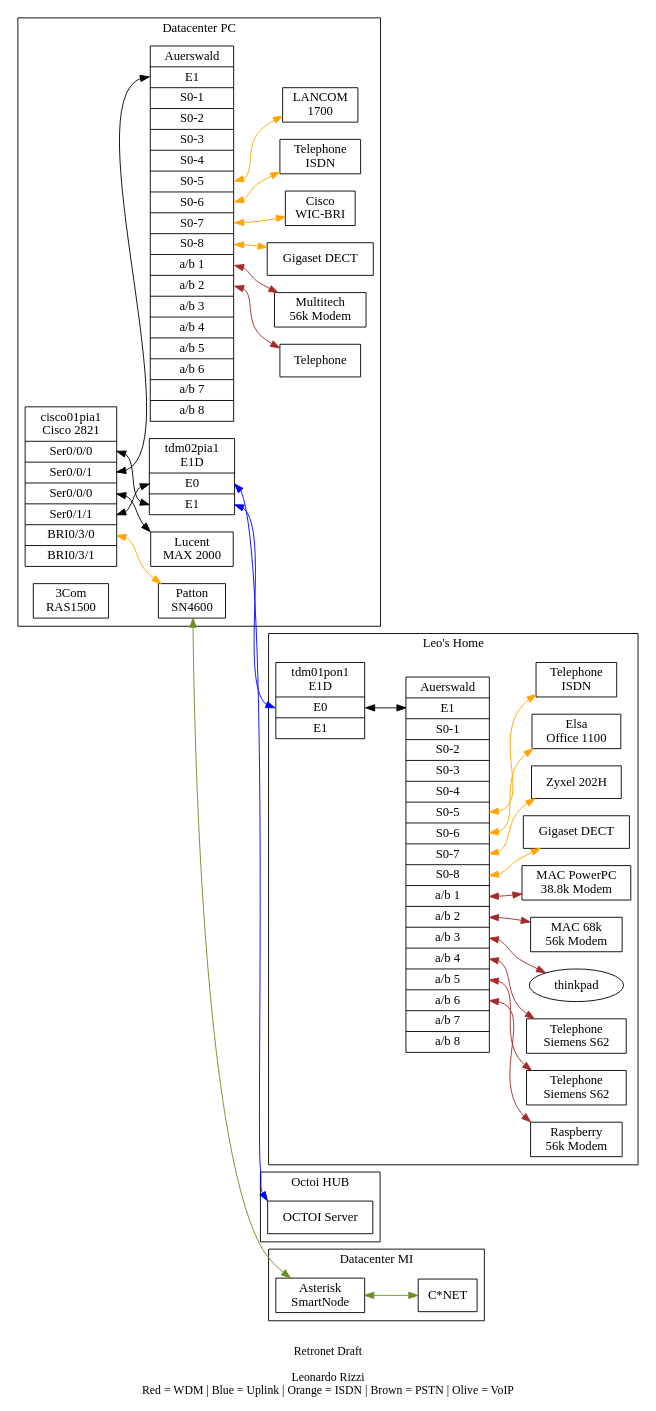
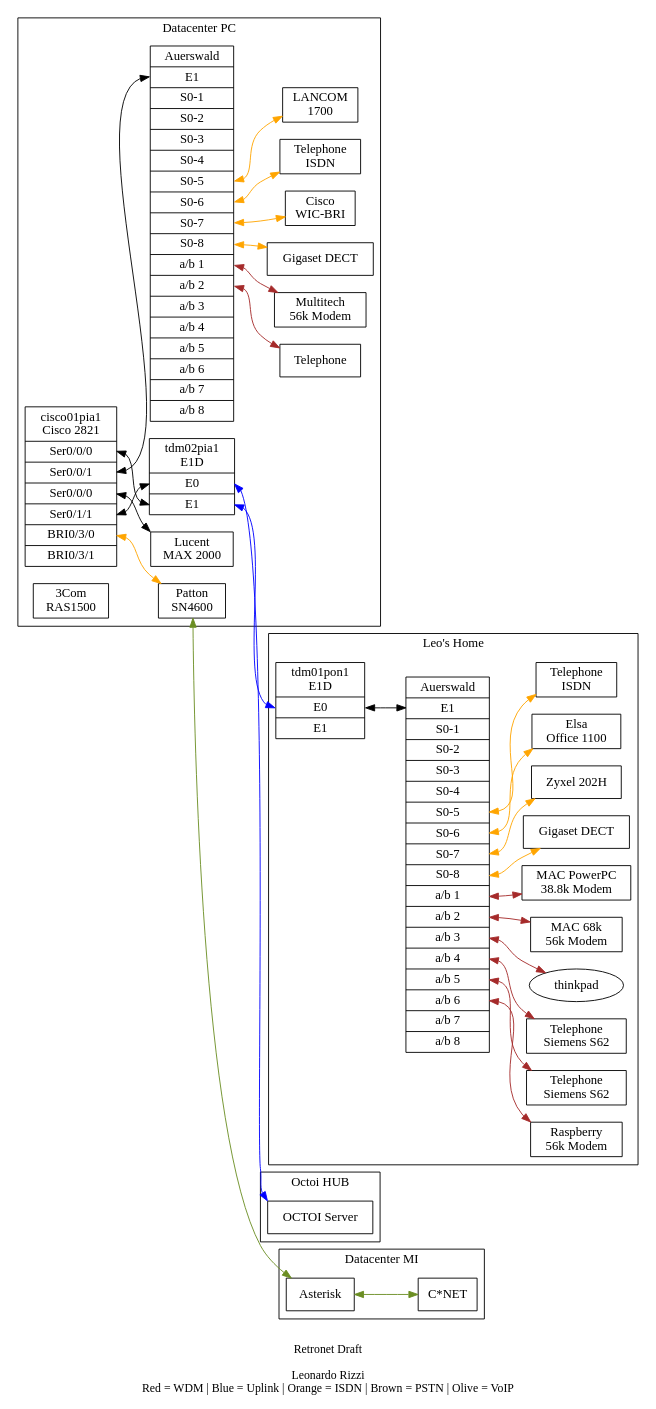
The diagram in e1d.gv (lrizzi/retronet), drawn with Graphviz before and after one commit. The commit also changed 1 other file, not shown here.

```diff
--- a/e1d.gv
+++ b/e1d.gv
@@ -1,151 +1,151 @@
 graph TDM {
 //graph [nodesep=0.5, ranksep=0.5];
 //rankdir=RL;
 rankdir=LR;
 //clusterrank=none
 compound=true;
 edge [dir="both"]
 //concentrate=true
 
 subgraph cluster0 {
   label="Datacenter PC";
   compt01pia1 [shape=record,label="<host>Auerswald|<e1>E1|<s01>S0-1|<s02>S0-2|<s03>S0-3|<s04>S0-4|<s05>S0-5|<s06>S0-6|<s07>S0-7|<s08>S0-8|<ab1>a/b 1|<ab2>a/b 2|<ab3>a/b 3|<ab4>a/b 4|<ab5>a/b 5|<ab6>a/b 6|<ab7>a/b 7|<ab8>a/b 8"];
   //tdm01pia1 [shape=record,label="<host>tdm01pia1\nPacketBand|<e1>E1"];
   tdm02pia1 [shape=record,label="<host>tdm02pia1\nE1D|<e0>E0|<e1>E1"];
 
   cisco01pia1 [shape=record,label="<host>cisco01pia1\nCisco 2821|<s000>Ser0/0/0|<s001>Ser0/0/1|<s010>Ser0/0/0|<s011>Ser0/1/1|<bri030>BRI0/3/0|<bri031>BRI0/3/1"];
 
   ras01pia1 [shape=record,label="<host>3Com\nRAS1500"]
   max01pia1 [shape=record,label="<host>Lucent\nMAX 2000"]
 
   r01pia1 [shape=record,label="<host>Cisco\nWIC-BRI"]
   r02pia1 [shape=record,label="<host>LANCOM\n1700"]
 
   modem01pia1 [shape=record,label="Multitech\n56k Modem"];
 
   tel01pia1 [shape=record,label="Telephone"];
 
 
   gigaset01pia1 [shape=record,label="Gigaset DECT"];
 
   itel01pia1 [shape=record,label="Telephone\nISDN"];
 
   patton01 [shape=record,label="<host>Patton\nSN4600"]
 
   subgraph cluster_00 {
   label="External"
 //  Telnet [shape=record,label="<host>Telnet|<transit>Transit|<access>Access"];
 //  MinapF [shape=record,label="<host>Minap Telnet|<p01>Port 01|<p02> Port 02|<p03> Port 03"];
 }
 }
 
 subgraph cluster1 {
   label="Datacenter MI";
   //compt01mil1 [shape=record,label="<host>compt01mil1\nAuerswald|<e1>E1|<s01>S0-1|<s02>S0-2|<s03>S0-3|<s04>S0-4|<s05>S0-5|<s06>S0-6|<s07>S0-7|<s08>S0-8|"];
   //tdm01mil1 [shape=record,label="<host>tdm01mil1\nPacketBand|<e1>E1"];
   
   //r01mil1 [shape=record,label="<host>Cisco\nWIC-BRI"]
   //patton01mil1 [shape=record,label="<host>Patton\nSmartNode"]
-  pbx02mil1 [shape=record,label="<host>Asterisk\nSmartNode"]
+  pbx02mil1 [shape=record,label="<host>Asterisk"]
 
   cnet [shape=record,label="<host>C*NET"]
 
 
 
   // Service provider
   subgraph cluster_10 {
   label="External"
 }
 }
 
 subgraph cluster2 {
   label="Leo's Home";
   compt01pon1 [shape=record,label="<host>Auerswald|<e1>E1|<s01>S0-1|<s02>S0-2|<s03>S0-3|<s04>S0-4|<s05>S0-5|<s06>S0-6|<s07>S0-7|<s08>S0-8|<ab1>a/b 1|<ab2>a/b 2|<ab3>a/b 3|<ab4>a/b 4|<ab5>a/b 5|<ab6>a/b 6|<ab7>a/b 7|<ab8>a/b 8"];
   tdm01pon1 [shape=record,label="<host>tdm01pon1\nE1D|<e0>E0|<e1>E1"];
 
   gigaset01pon1 [shape=record,label="Gigaset DECT"];
   r02pon1 [shape=record,label="Zyxel 202H"]
   r01pon1 [shape=record,label="Elsa\nOffice 1100"]
 
 
   tel01pon1 [shape=record,label="Telephone\nSiemens S62"];
   tel02pon1 [shape=record,label="Telephone\nSiemens S62"];
 
   itel01pon1 [shape=record,label="Telephone\nISDN"];
   
   modem01pon1 [shape=record,label="MAC PowerPC\n38.8k Modem"];
   modem02pon1 [shape=record,label="MAC 68k\n56k Modem"];
   modem03pon1 [shape=record,label="Raspberry\n56k Modem"];
 
   thinkpad
 
 
   // Service provider
   subgraph cluster_20 {
   label="External"
 }
 }
 
 subgraph cluster3 {
   label="Octoi HUB";
 
 
   octoihub [shape=record,label="OCTOI Server"];
 
 }
 
 
 //tdm01mil1:host -- tdm01pia1:host [color=blue]
 tdm02pia1:e1 -- tdm01pon1:e0 [color=blue]
 tdm02pia1:e0 -- octoihub:host [color=blue]
 
 
 //PIA1
 cisco01pia1:s000 -- tdm02pia1:e1
 cisco01pia1:s001 -- compt01pia1:e1
 cisco01pia1:s010 -- max01pia1:e1
 cisco01pia1:s011 -- tdm02pia1:e0
 
 cisco01pia1:bri030 -- patton01 [color=orange]
 
 
 
 //compt01pia1:s01 -- patton01 [color=orange] temporary at PON1
 
 compt01pia1:s05 -- r02pia1 [color=orange]
 compt01pia1:s06 -- itel01pia1 [color=orange]
 compt01pia1:s07 -- r01pia1 [color=orange]
 compt01pia1:s08 -- gigaset01pia1 [color=orange]
 
 compt01pia1:ab1 -- modem01pia1 [color=brown]
 compt01pia1:ab2 -- tel01pia1 [color=brown]
 
 
 //MIL1
 //tdm01mil1:e1 -- compt01mil1:e1 
 //compt01mil1:s01 -- r01mil1 [color=orange]
 //compt01mil1:s02 -- patton01mil1 [color=orange]
 patton01 -- pbx02mil1 [color=olivedrab]
 pbx02mil1 -- cnet [color=olivedrab]
 
 //PON
 tdm01pon1:e0 -- compt01pon1:e1
 
 
 compt01pon1:s05 -- itel01pon1 [color=orange]
 compt01pon1:s06 -- r01pon1 [color=orange]
 compt01pon1:s07 -- r02pon1 [color=orange]
 compt01pon1:s08 -- gigaset01pon1 [color=orange]
 
 compt01pon1:ab1 -- modem01pon1 [color=brown]
 compt01pon1:ab2 -- modem02pon1 [color=brown]
 compt01pon1:ab3 -- thinkpad [color=brown]
 compt01pon1:ab4 -- tel01pon1 [color=brown]
 compt01pon1:ab5 -- tel02pon1 [color=brown]
 compt01pon1:ab6 -- modem03pon1 [color=brown]
 
 
 
 label = "\nRetronet Draft\n\nLeonardo Rizzi\nRed = WDM | Blue = Uplink | Orange = ISDN | Brown = PSTN | Olive = VoIP";
 fontsize=13;
 }
```
